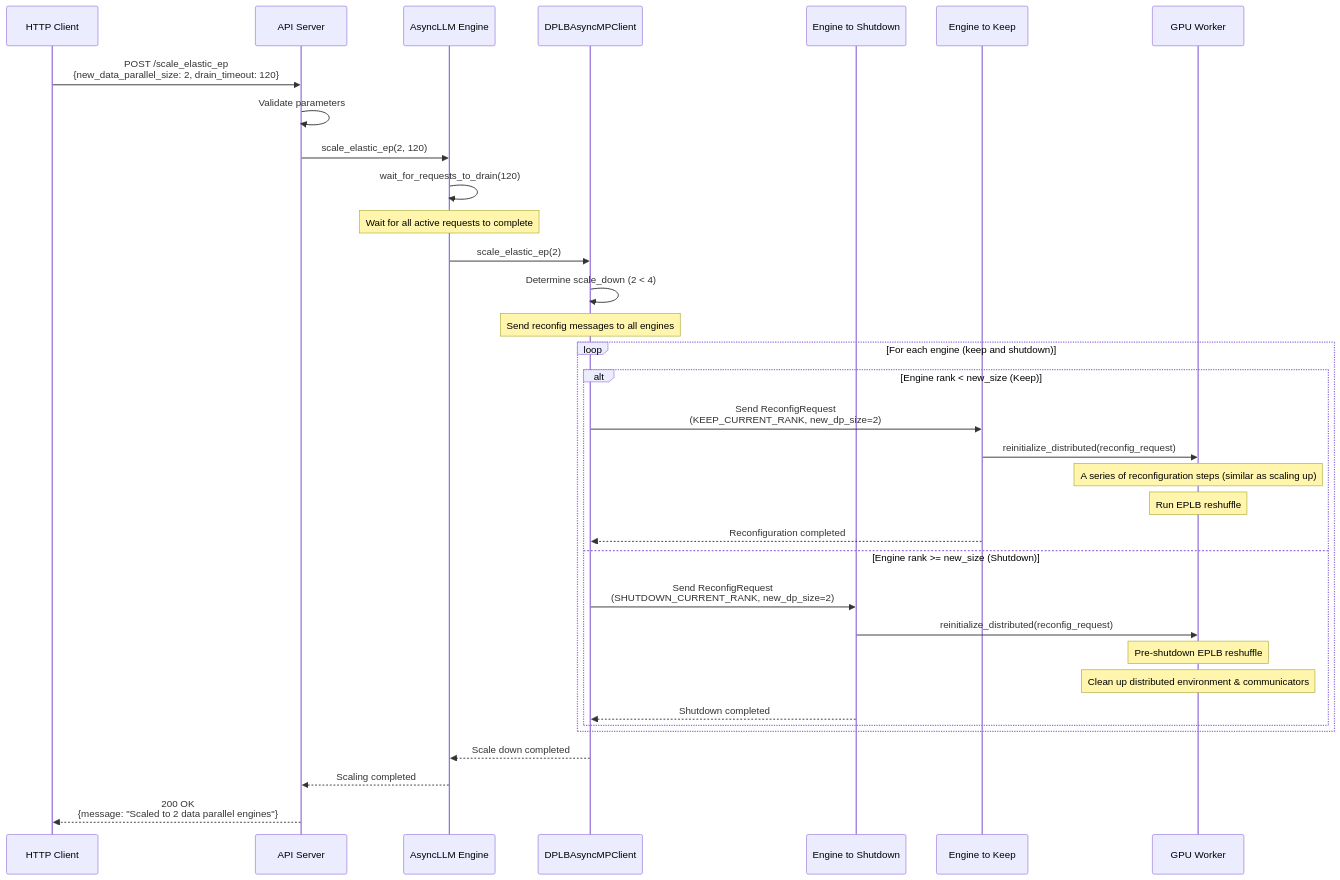
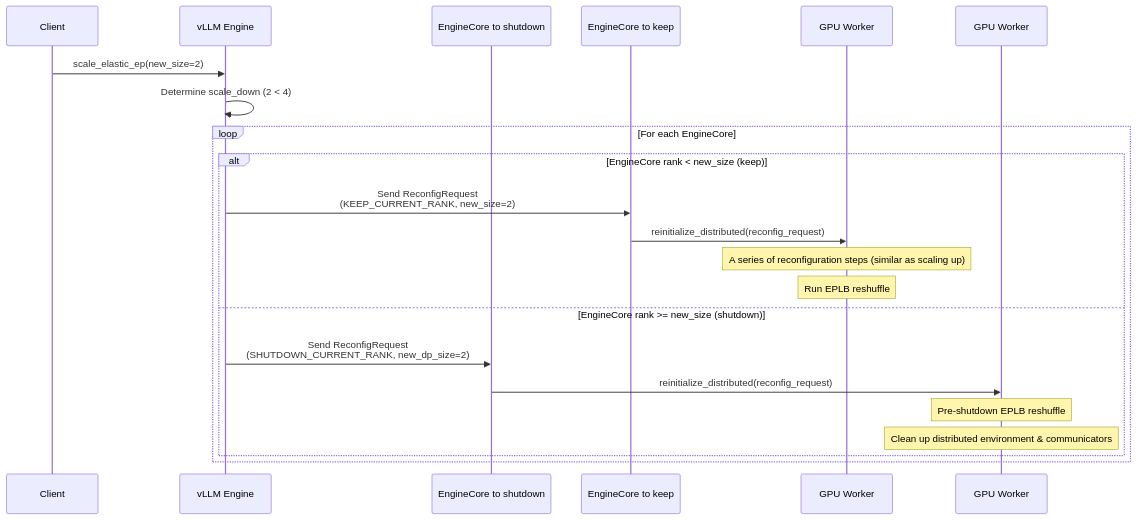
Before and after one commit to ruisearch42/vllm: the diagram in detailed_scale_down_terminating.md, drawn with Mermaid. The commit also changed 5 other files, not shown here.

````diff
--- a/detailed_scale_down_terminating.md
+++ b/detailed_scale_down_terminating.md
@@ -5,48 +5,30 @@
 ```mermaid
 sequenceDiagram
-    participant Client as HTTP Client
-    participant API as API Server
-    participant AsyncLLM as AsyncLLM Engine
-    participant CoreClient as DPLBAsyncMPClient
-    participant ShutdownEngine as Engine to Shutdown
-    participant KeepEngine as Engine to Keep
-    participant Worker as GPU Worker
-
-    Client->>API: POST /scale_elastic_ep<br/>{new_data_parallel_size: 2, drain_timeout: 120}
-    API->>API: Validate parameters
+    participant Client as Client
+    participant Engine as vLLM Engine
+    participant ShutdownEngineCore as EngineCore to shutdown
+    participant KeepEngineCore as EngineCore to keep
+    participant Worker1 as GPU Worker
+    participant Worker2 as GPU Worker
     
-    API->>AsyncLLM: scale_elastic_ep(2, 120)
+    Client->>Engine: scale_elastic_ep(new_size=2)
+    Engine->>Engine: Determine scale_down (2 < 4)
     
-    AsyncLLM->>AsyncLLM: wait_for_requests_to_drain(120)
-    Note over AsyncLLM: Wait for all active requests to complete
-    
-    AsyncLLM->>CoreClient: scale_elastic_ep(2)
-    CoreClient->>CoreClient: Determine scale_down (2 < 4)
-    
-    Note over CoreClient: Send reconfig messages to all engines
-    loop For each engine (keep and shutdown)
-        alt Engine rank < new_size (Keep)
-            CoreClient->>KeepEngine: Send ReconfigRequest<br/>(KEEP_CURRENT_RANK, new_dp_size=2)
-            KeepEngine->>Worker: reinitialize_distributed(reconfig_request)
+    loop For each EngineCore
+        alt EngineCore rank < new_size (keep)
+            Engine->>KeepEngineCore: Send ReconfigRequest<br/>(KEEP_CURRENT_RANK, new_size=2)
+            KeepEngineCore->>Worker1: reinitialize_distributed(reconfig_request)
             
-            Note over Worker: A series of reconfiguration steps (similar as scaling up)
-            Note over Worker: Run EPLB reshuffle
+            Note over Worker1: A series of reconfiguration steps (similar as scaling up)
+            Note over Worker1: Run EPLB reshuffle
             
-            KeepEngine-->>CoreClient: Reconfiguration completed
+        else EngineCore rank >= new_size (shutdown)
+            Engine->>ShutdownEngineCore: Send ReconfigRequest<br/>(SHUTDOWN_CURRENT_RANK, new_dp_size=2)
+            ShutdownEngineCore->>Worker2: reinitialize_distributed(reconfig_request)
             
-        else Engine rank >= new_size (Shutdown)
-            CoreClient->>ShutdownEngine: Send ReconfigRequest<br/>(SHUTDOWN_CURRENT_RANK, new_dp_size=2)
-            ShutdownEngine->>Worker: reinitialize_distributed(reconfig_request)
+            Note over Worker2: Pre-shutdown EPLB reshuffle
+            Note over Worker2: Clean up distributed environment & communicators
             
-            Note over Worker: Pre-shutdown EPLB reshuffle
-            Note over Worker: Clean up distributed environment & communicators
-            
-            ShutdownEngine-->>CoreClient: Shutdown completed
         end
     end
-    
-    CoreClient-->>AsyncLLM: Scale down completed
-    
-    AsyncLLM-->>API: Scaling completed
-    API-->>Client: 200 OK<br/>{message: "Scaled to 2 data parallel engines"}
 ```
````
